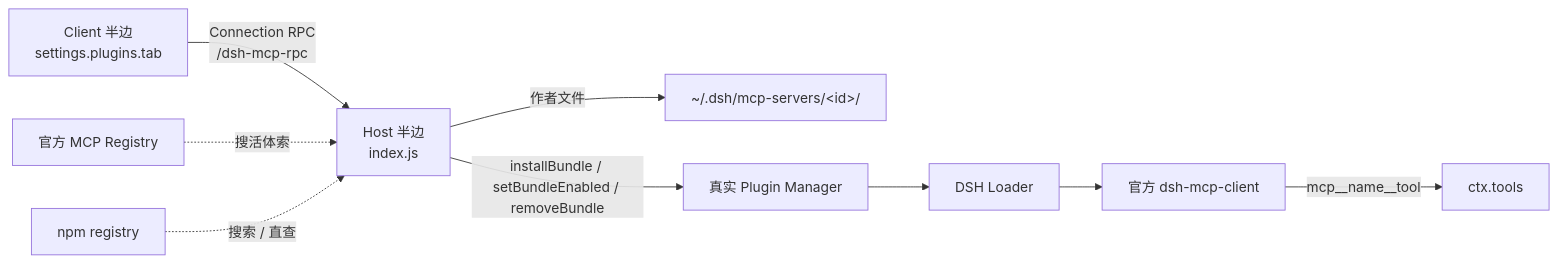
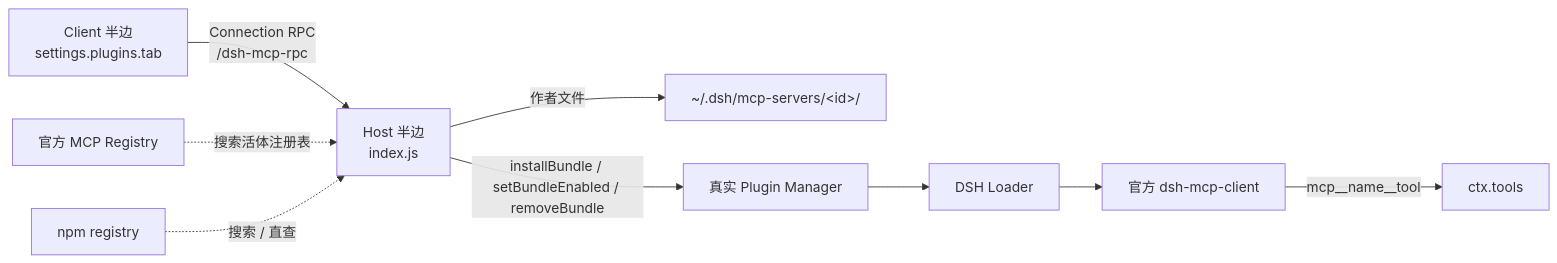
The diagram in README.md (JokerAn/dsh-mcp-manager), drawn with Mermaid before and after one commit.

Commit message:
docs: fix garbled label in the architecture diagram

````diff
--- a/README.md
+++ b/README.md
@@ -121,11 +121,11 @@
 ```mermaid
 graph LR
   UI[Client 半边<br/>settings.plugins.tab] -->|Connection RPC<br/>/dsh-mcp-rpc| HOST[Host 半边<br/>index.js]
   HOST -->|作者文件| FS[~/.dsh/mcp-servers/&lt;id&gt;/]
   HOST -->|installBundle / setBundleEnabled / removeBundle| PM[真实 Plugin Manager]
-  REC[官方 MCP Registry] -.->|搜活体索| HOST
+  REC[官方 MCP Registry] -.->|搜索活体注册表| HOST
   NPM[npm registry] -.->|搜索 / 直查| HOST
   PM --> REACT[DSH Loader]
   REACT --> MC[官方 dsh-mcp-client]
   MC -->|mcp__name__tool| TOOLS[ctx.tools]
 ```
````
